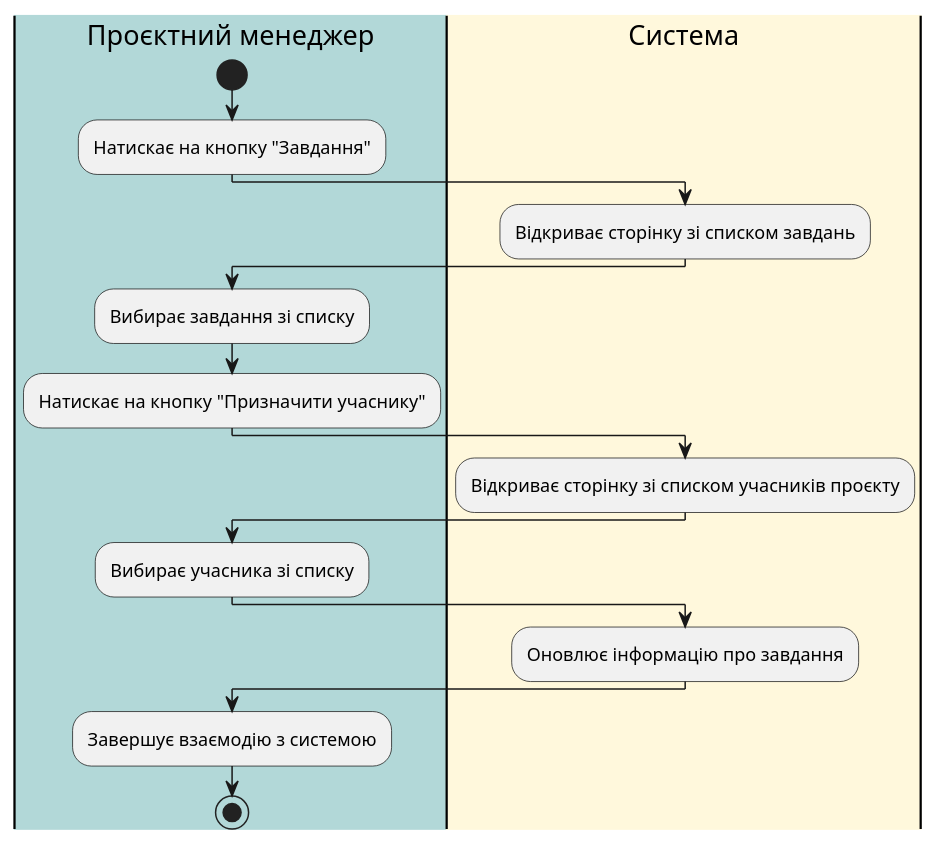
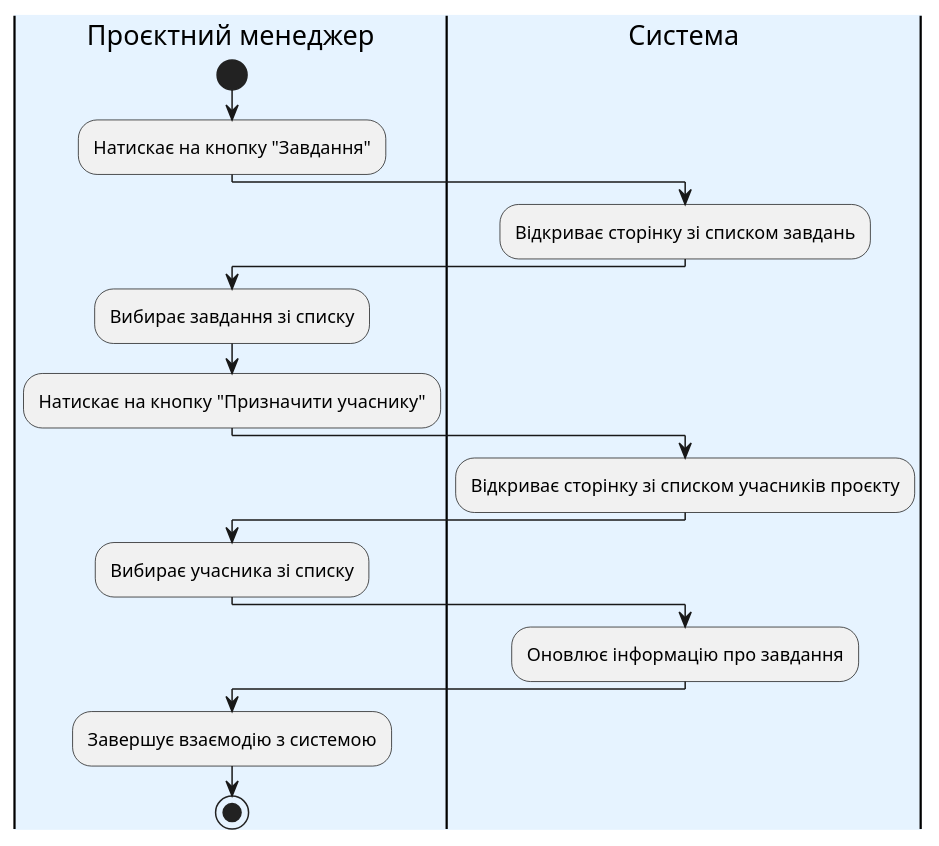
One commit to bohdanbulakh/databases-labs changed diagram 24 of 27 in docs/use cases/README.md. Above: the diagram before and after it, drawn with PlantUML. The commit also changed other lines of this file, not shown here.

```diff
--- a/docs/use cases/README.md
+++ b/docs/use cases/README.md
@@ -1122,31 +1122,30 @@
 @startuml
 
-|#b2d8d8|Проєктний менеджер|
+|#e6f3ff|Проєктний менеджер|
 start;
 
 :Натискає на кнопку "Завдання";
 
-|#fff8dc|Система|
+|#e6f3ff|Система|
 :Відкриває сторінку зі списком завдань;
 
 |Проєктний менеджер|
 :Вибирає завдання зі списку;
 
 :Натискає на кнопку "Призначити учаснику";
-
 
 |Система|
 :Відкриває сторінку зі списком учасників проєкту;
 
 |Проєктний менеджер|
 :Вибирає учасника зі списку;
 
 |Система|
 :Оновлює інформацію про завдання;
 
 |Проєктний менеджер|
 :Завершує взаємодію з системою;
 
 stop;
 
 @enduml
```
